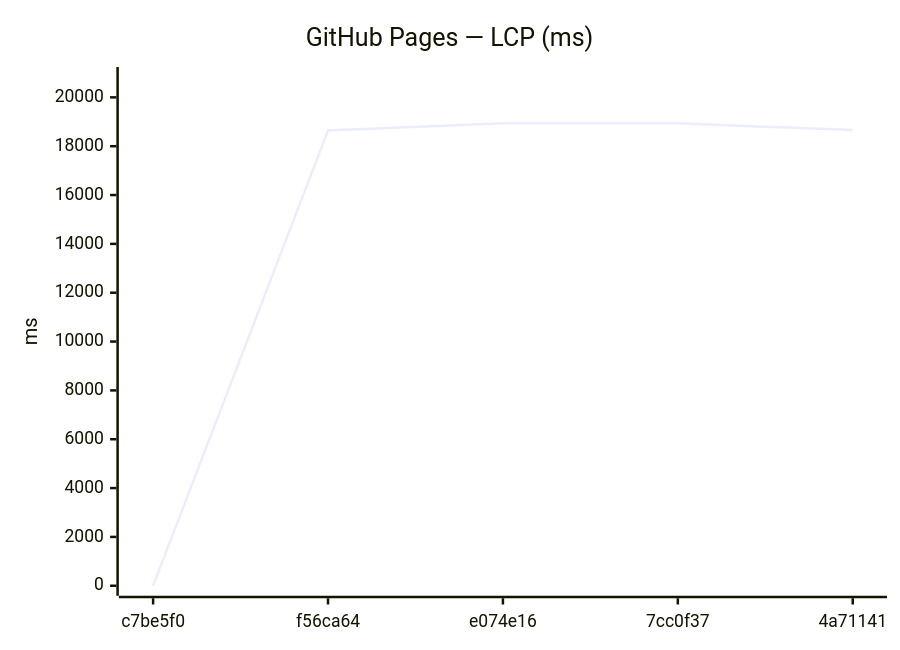
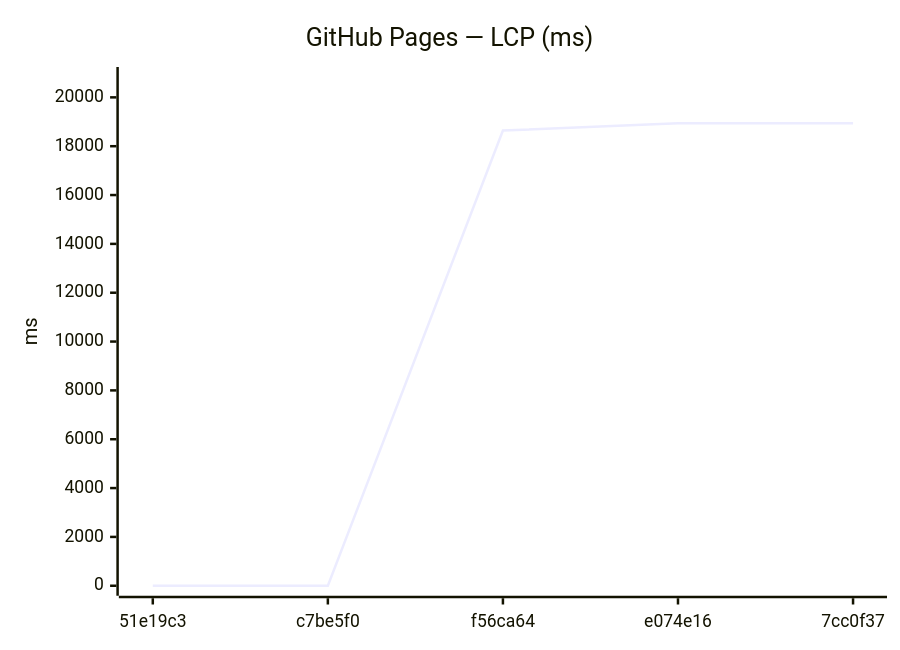
One commit to Metaheurist/Rianell changed the ninth of 18 diagrams in benchmarks/compare.md. Above: the diagram before and after it, drawn with Mermaid. The commit also changed other lines of this file and 11 other files, not shown here.

````diff
--- a/benchmarks/compare.md
+++ b/benchmarks/compare.md
@@ -142,7 +142,7 @@
 ```mermaid
 xychart-beta
     title "GitHub Pages — LCP (ms)"
-    x-axis ["c7be5f0", "f56ca64", "e074e16", "7cc0f37", "4a71141"]
+    x-axis ["51e19c3", "c7be5f0", "f56ca64", "e074e16", "7cc0f37"]
     y-axis "ms" 0 --> 20834
-    line [0, 18641, 18940, 18936, 18660]
+    line [0, 0, 18641, 18940, 18936]
 ```
````
